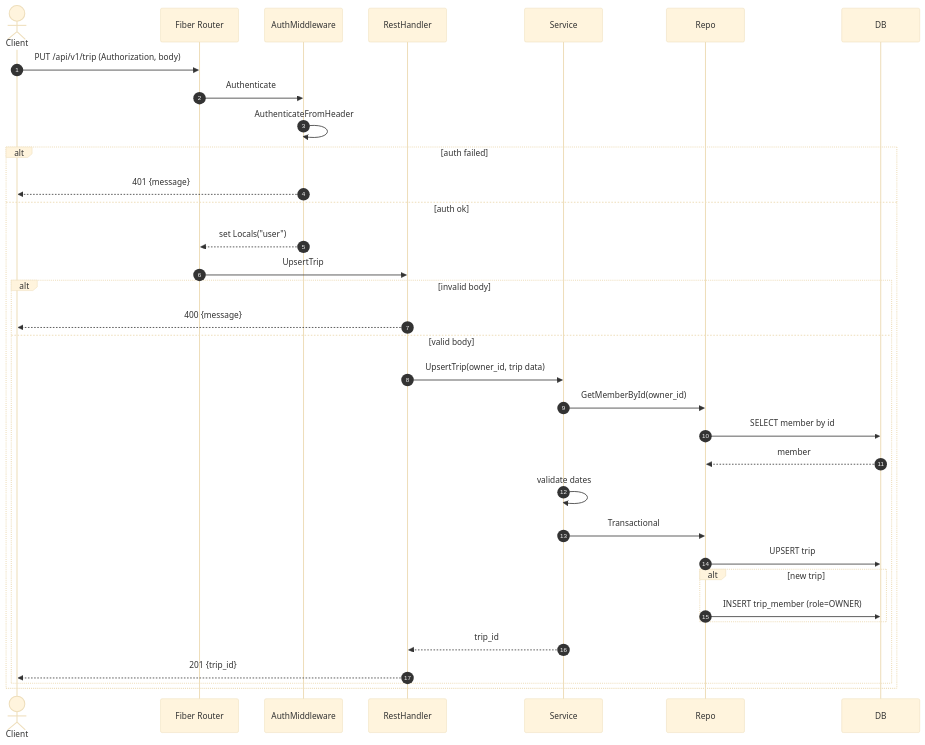
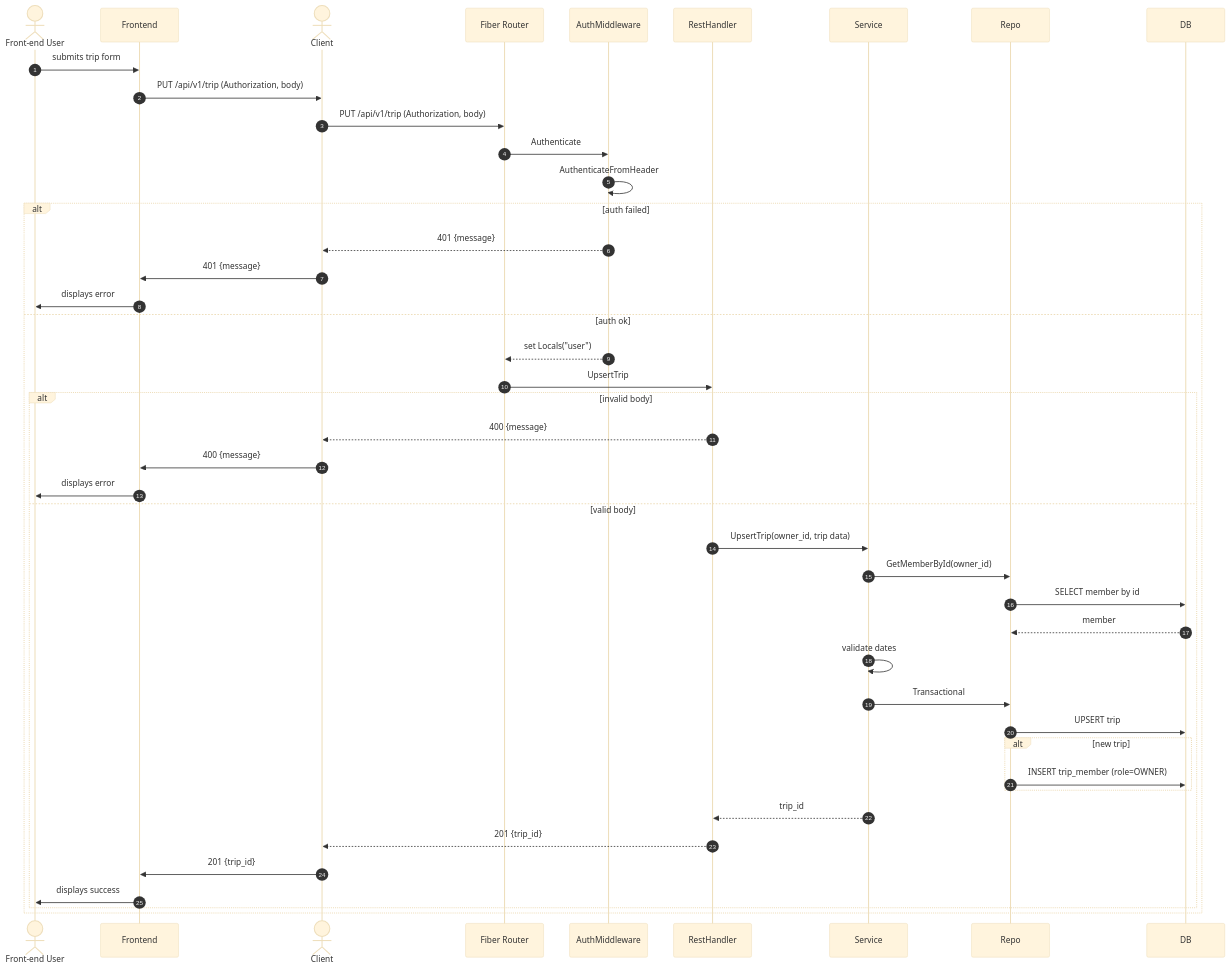
One commit to kritpi/499-senior-project-trip-service changed the diagram in diagram/rest_put_api_v1_trip.mmd. Above: the diagram before and after it, drawn with Mermaid (base theme). The commit also changed 16 other files, not shown here.

Commit message:
docs: update sequence diagrams with frontend interactions (commit with Antigravity)

```diff
--- a/diagram/rest_put_api_v1_trip.mmd
+++ b/diagram/rest_put_api_v1_trip.mmd
@@ -1,35 +1,45 @@
 sequenceDiagram
     autonumber
+    actor User as Front-end User
+    participant Frontend
     actor Client
     participant Fiber as Fiber Router
     participant Auth as AuthMiddleware
     participant Handler as RestHandler
     participant Service
     participant Repo
     participant DB
 
+    User->>Frontend: submits trip form
+    Frontend->>Client: PUT /api/v1/trip (Authorization, body)
     Client->>Fiber: PUT /api/v1/trip (Authorization, body)
     Fiber->>Auth: Authenticate
     Auth->>Auth: AuthenticateFromHeader
     alt auth failed
         Auth-->>Client: 401 {message}
+        Client->>Frontend: 401 {message}
+        Frontend->>User: displays error
     else auth ok
         Auth-->>Fiber: set Locals("user")
         Fiber->>Handler: UpsertTrip
         alt invalid body
             Handler-->>Client: 400 {message}
+            Client->>Frontend: 400 {message}
+            Frontend->>User: displays error
         else valid body
             Handler->>Service: UpsertTrip(owner_id, trip data)
             Service->>Repo: GetMemberById(owner_id)
             Repo->>DB: SELECT member by id
             DB-->>Repo: member
             Service->>Service: validate dates
             Service->>Repo: Transactional
             Repo->>DB: UPSERT trip
             alt new trip
                 Repo->>DB: INSERT trip_member (role=OWNER)
             end
             Service-->>Handler: trip_id
             Handler-->>Client: 201 {trip_id}
+            Client->>Frontend: 201 {trip_id}
+            Frontend->>User: displays success
         end
     end
```
